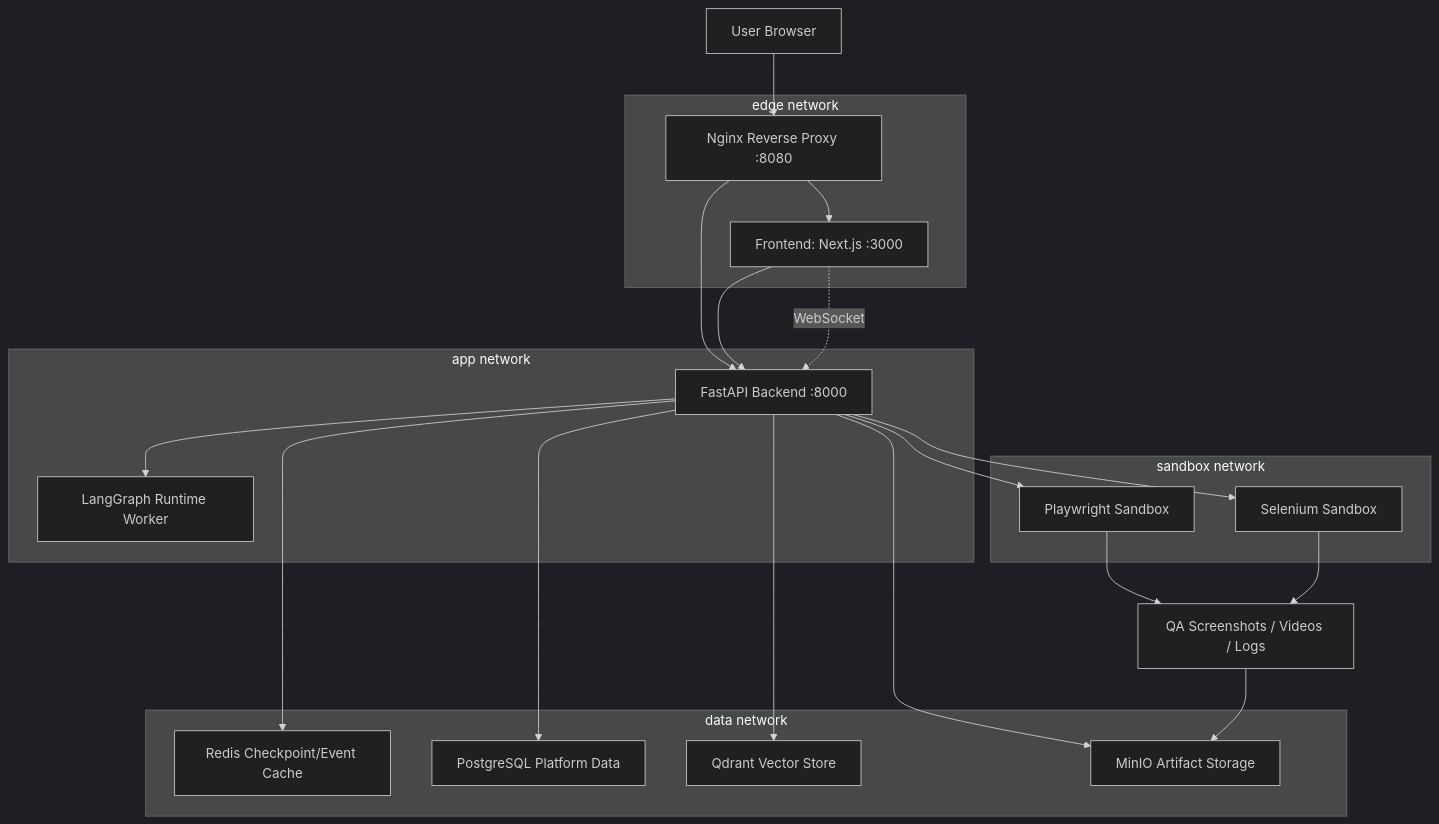
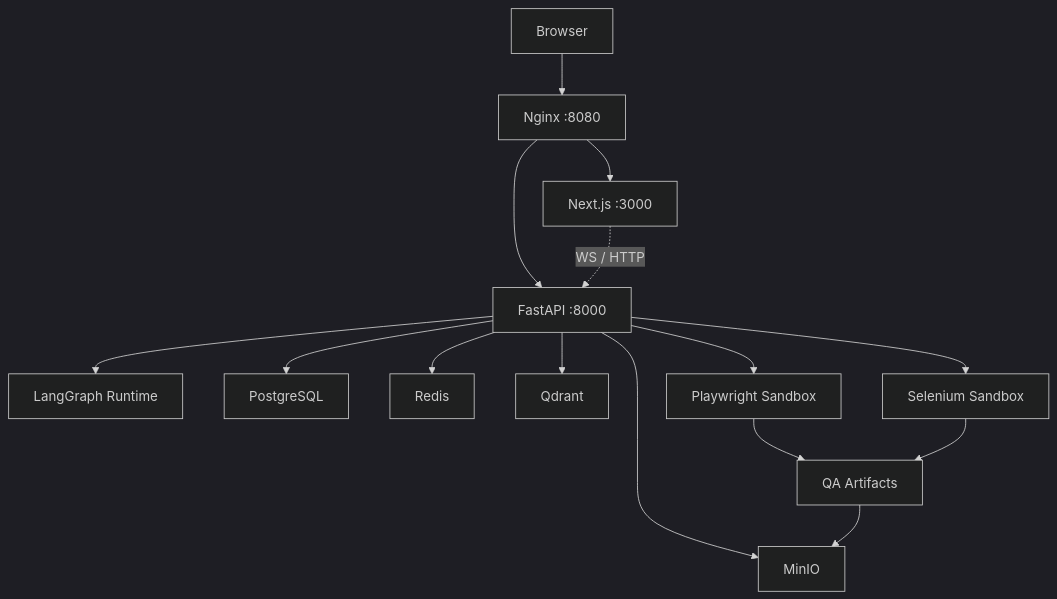
One commit to fhuamanr/LegionAgents changed the fourth of 4 diagrams in README.md. Above: the diagram before and after it, drawn with Mermaid (dark theme). The commit also changed other lines of this file and 1 other file, not shown here.

````diff
--- a/README.md
+++ b/README.md
@@ -248,42 +155,19 @@
 ```mermaid
 flowchart TB
-  Browser["User Browser"] --> Nginx["Nginx Reverse Proxy :8080"]
-  Nginx --> Frontend["Frontend: Next.js :3000"]
-  Nginx --> Backend["FastAPI Backend :8000"]
-  Frontend --> Backend
-  Frontend -. "WebSocket" .-> Backend
+  Browser["Browser"] --> Nginx["Nginx :8080"]
+  Nginx --> Frontend["Next.js :3000"]
+  Nginx --> Backend["FastAPI :8000"]
+  Frontend -. "WS / HTTP" .-> Backend
 
-  Backend --> LangGraph["LangGraph Runtime Worker"]
-  Backend --> Redis["Redis Checkpoint/Event Cache"]
-  Backend --> Postgres["PostgreSQL Platform Data"]
-  Backend --> Qdrant["Qdrant Vector Store"]
-  Backend --> MinIO["MinIO Artifact Storage"]
+  Backend --> LangGraph["LangGraph Runtime"]
+  Backend --> Postgres["PostgreSQL"]
+  Backend --> Redis["Redis"]
+  Backend --> Qdrant["Qdrant"]
+  Backend --> MinIO["MinIO"]
   Backend --> Playwright["Playwright Sandbox"]
   Backend --> Selenium["Selenium Sandbox"]
 
-  Playwright --> QAArtifacts["QA Screenshots / Videos / Logs"]
-  Selenium --> QAArtifacts
-  QAArtifacts --> MinIO
-
-  subgraph EdgeNetwork["edge network"]
-    Nginx
-    Frontend
-  end
-
-  subgraph AppNetwork["app network"]
-    Backend
-    LangGraph
-  end
-
-  subgraph DataNetwork["data network"]
-    Redis
-    Postgres
-    Qdrant
-    MinIO
-  end
-
-  subgraph SandboxNetwork["sandbox network"]
-    Playwright
-    Selenium
-  end
+  Playwright --> Artifacts["QA Artifacts"]
+  Selenium --> Artifacts
+  Artifacts --> MinIO
 ```
````
